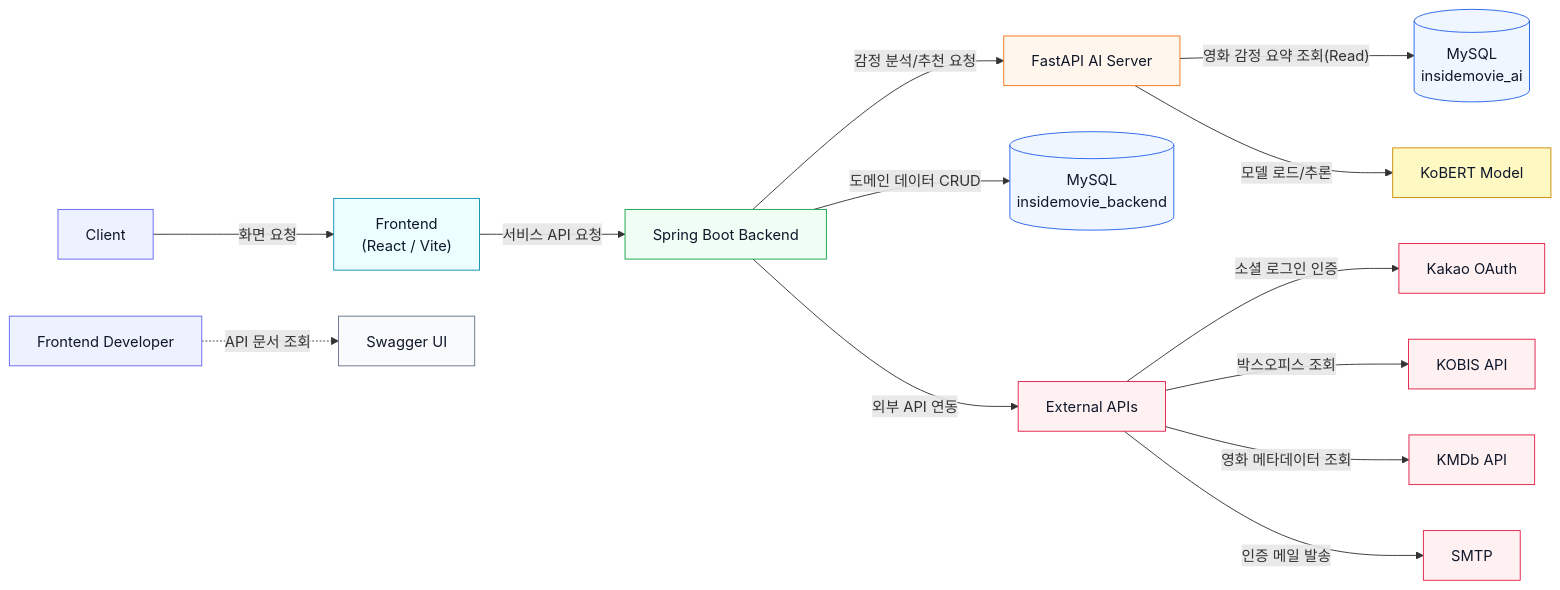
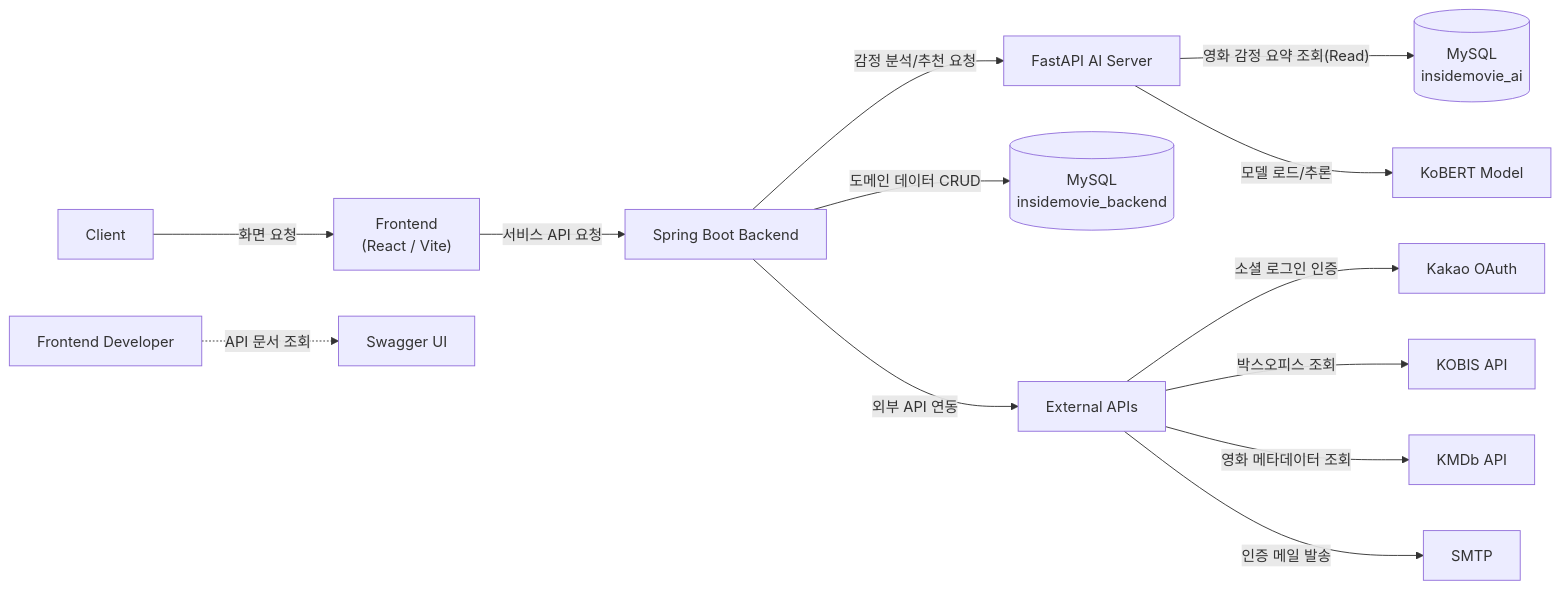
Before and after one commit to Gumraze-git/devlog: the first of 9 diagrams in posts/projects/movie-platform.md, drawn with Mermaid. The commit also changed other lines of this file and 8 other files, not shown here.

````diff
--- a/posts/projects/movie-platform.md
+++ b/posts/projects/movie-platform.md
@@ -51,36 +113,22 @@
 ```mermaid
 flowchart LR
   FrontendDev["Frontend Developer"]
   Client["Client"] -- "화면 요청" --> FE["Frontend<br/>(React / Vite)"]
   FE -- "서비스 API 요청" --> BE["Spring Boot Backend"]
   FrontendDev -. "API 문서 조회" .-> Swagger["Swagger UI"]
 
   BE -- "감정 분석/추천 요청" --> AI["FastAPI AI Server"]
   BE -- "도메인 데이터 CRUD" --> DBBackend[("MySQL<br/>insidemovie_backend")]
   AI -- "영화 감정 요약 조회(Read)" --> DBAI[("MySQL<br/>insidemovie_ai")]
   AI -- "모델 로드/추론" --> Model["KoBERT Model"]
 
   BE -- "외부 API 연동" --> External["External APIs"]
   External -- "소셜 로그인 인증" --> Kakao["Kakao OAuth"]
   External -- "박스오피스 조회" --> KOBIS["KOBIS API"]
   External -- "영화 메타데이터 조회" --> KMDb["KMDb API"]
   External -- "인증 메일 발송" --> SMTP["SMTP"]
 
-  class Client,FrontendDev actor
-  class FE frontend
-  class BE spring
-  class AI ai
-  class Swagger docs
-  class DBBackend,DBAI data
-  class Model model
-  class External,Kakao,KOBIS,KMDb,SMTP external
+  class BE,FE,AI sem-success;
+  class External,Kakao,KOBIS,KMDb,SMTP,Swagger,Model,FrontendDev sem-info;
 
-  classDef actor fill:#eef2ff,stroke:#6366f1,color:#0f172a,stroke-width:1px
-  classDef frontend fill:#ecfeff,stroke:#0891b2,color:#0f172a,stroke-width:1px
-  classDef spring fill:#f0fdf4,stroke:#16a34a,color:#0f172a,stroke-width:1px
-  classDef ai fill:#fff7ed,stroke:#f97316,color:#0f172a,stroke-width:1px
-  classDef docs fill:#f8fafc,stroke:#64748b,color:#0f172a,stroke-width:1px
-  classDef data fill:#eff6ff,stroke:#2563eb,color:#0f172a,stroke-width:1px
-  classDef model fill:#fef9c3,stroke:#ca8a04,color:#0f172a,stroke-width:1px
-  classDef external fill:#fff1f2,stroke:#e11d48,color:#0f172a,stroke-width:1px
 ```
````
